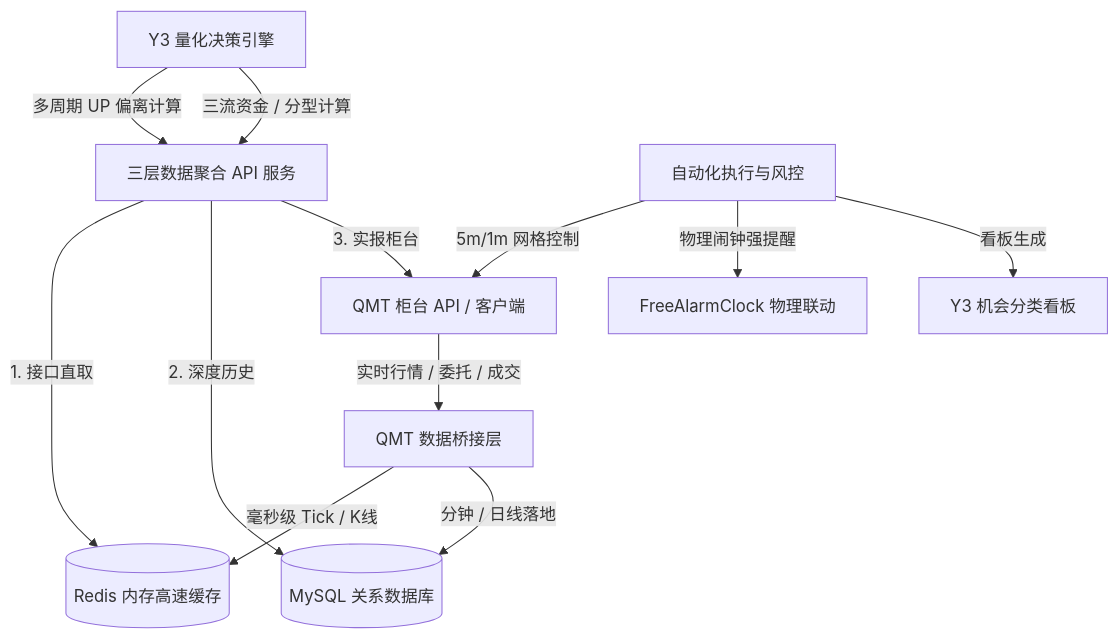
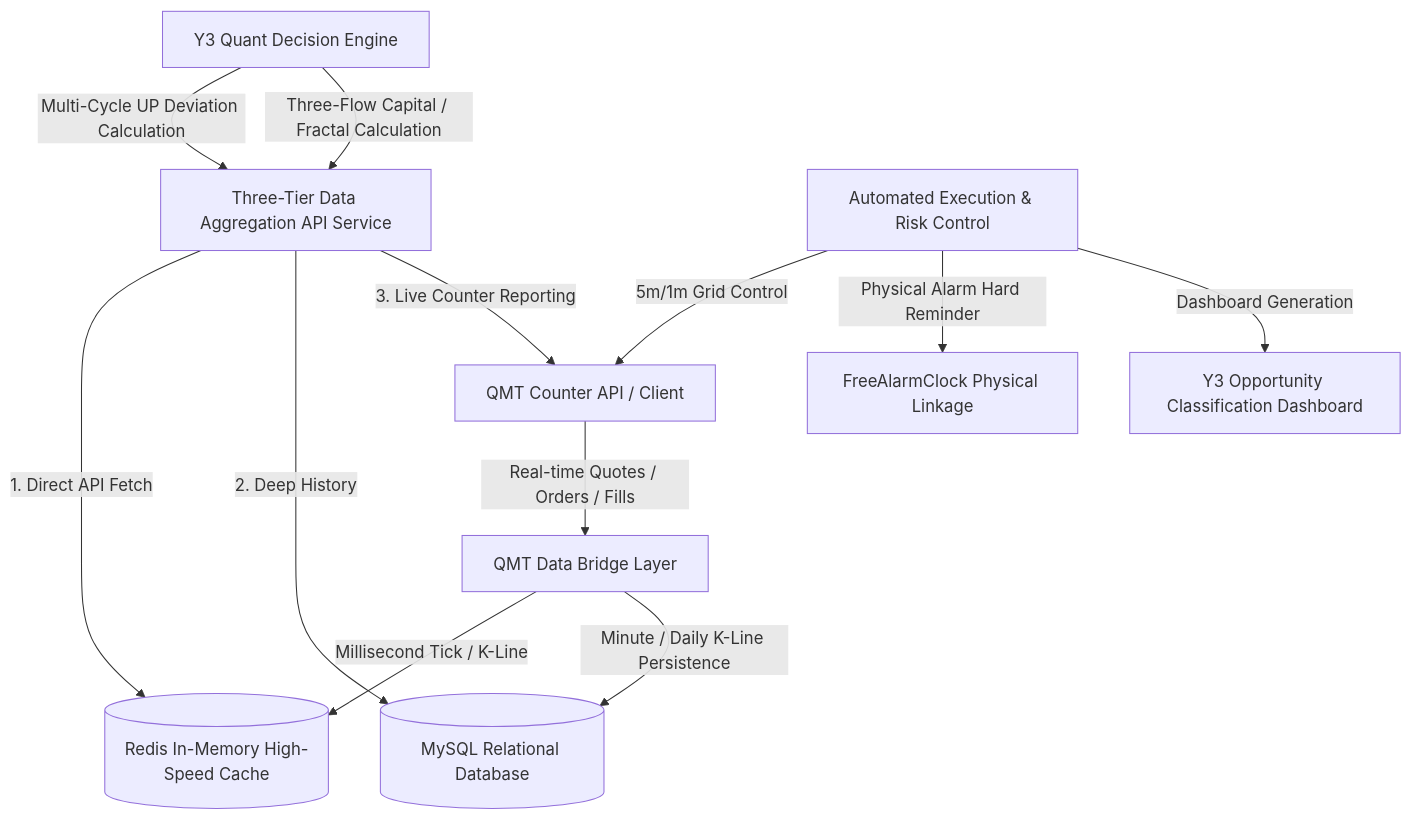
One commit to cky9/portfolio changed the diagram in 04_realtime_systems/01_three_tier_quant_trading_architecture.md. Above: the diagram before and after it, drawn with Mermaid. The commit also changed other lines of this file and 69 other files, not shown here.

Commit message:
feat(i18n): fully translate all 21 architecture specifications and 14 demo READMEs to native English with bilingual mirrors

````diff
--- a/04_realtime_systems/01_three_tier_quant_trading_architecture.md
+++ b/04_realtime_systems/01_three_tier_quant_trading_architecture.md
@@ -15,17 +17,17 @@
 ```mermaid
 graph TD
-    SubA[QMT 柜台 API / 客户端] -->|实时行情 / 委托 / 成交| Bridge[QMT 数据桥接层]
-    Bridge -->|毫秒级 Tick / K线| Redis[(Redis 内存高速缓存)]
-    Bridge -->|分钟 / 日线落地| DB[(MySQL 关系数据库)]
+    SubA[QMT Counter API / Client] -->|Real-time Quotes / Orders / Fills| Bridge[QMT Data Bridge Layer]
+    Bridge -->|Millisecond Tick / K-Line| Redis[(Redis In-Memory High-Speed Cache)]
+    Bridge -->|Minute / Daily K-Line Persistence| DB[(MySQL Relational Database)]
     
-    API[三层数据聚合 API 服务] -->|1. 接口直取| Redis
-    API -->|2. 深度历史| DB
-    API -->|3. 实报柜台| SubA
+    API[Three-Tier Data Aggregation API Service] -->|1. Direct API Fetch| Redis
+    API -->|2. Deep History| DB
+    API -->|3. Live Counter Reporting| SubA
     
-    Decision[Y3 量化决策引擎] -->|多周期 UP 偏离计算| API
-    Decision -->|三流资金 / 分型计算| API
+    Decision[Y3 Quant Decision Engine] -->|Multi-Cycle UP Deviation Calculation| API
+    Decision -->|Three-Flow Capital / Fractal Calculation| API
     
-    Execution[自动化执行与风控] -->|5m/1m 网格控制| SubA
-    Execution -->|物理闹钟强提醒| Alarm[FreeAlarmClock 物理联动]
-    Execution -->|看板生成| Dashboard[Y3 机会分类看板]
+    Execution[Automated Execution & Risk Control] -->|5m/1m Grid Control| SubA
+    Execution -->|Physical Alarm Hard Reminder| Alarm[FreeAlarmClock Physical Linkage]
+    Execution -->|Dashboard Generation| Dashboard[Y3 Opportunity Classification Dashboard]
 ```
````
